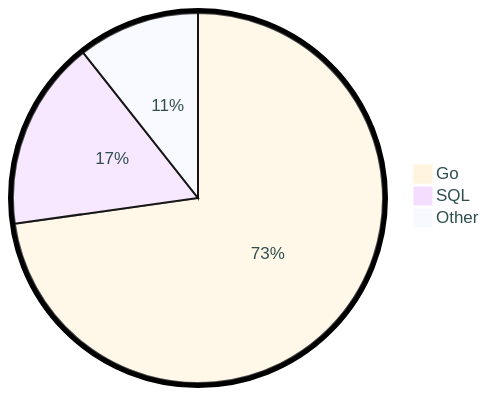
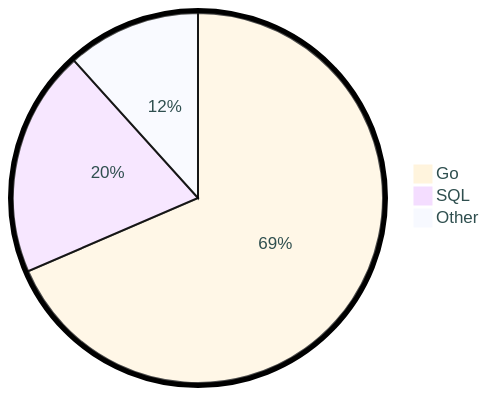
The diagram in README.md (tot0p/tot0p), drawn with Mermaid before and after one commit. The commit also changed other lines of this file, not shown here.

````diff
--- a/README.md
+++ b/README.md
@@ -78,7 +78,7 @@
 ```mermaid
 %%{init: {"pie": {"textPosition": 0.5}, "themeVariables": {"pieOuterStrokeWidth": "5px","primaryTextColor" : "#2F4F4F"},"theme":"base"} }%%
 pie
-	"Go": 72.79
-	"SQL": 16.58
-	"Other": 10.64
+	"Go": 68.51
+	"SQL": 19.79
+	"Other": 11.68
 ```
````
